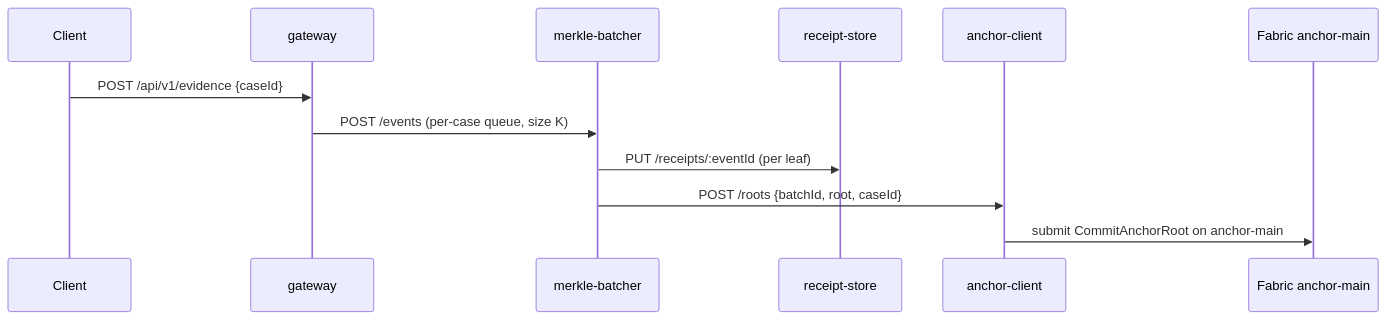
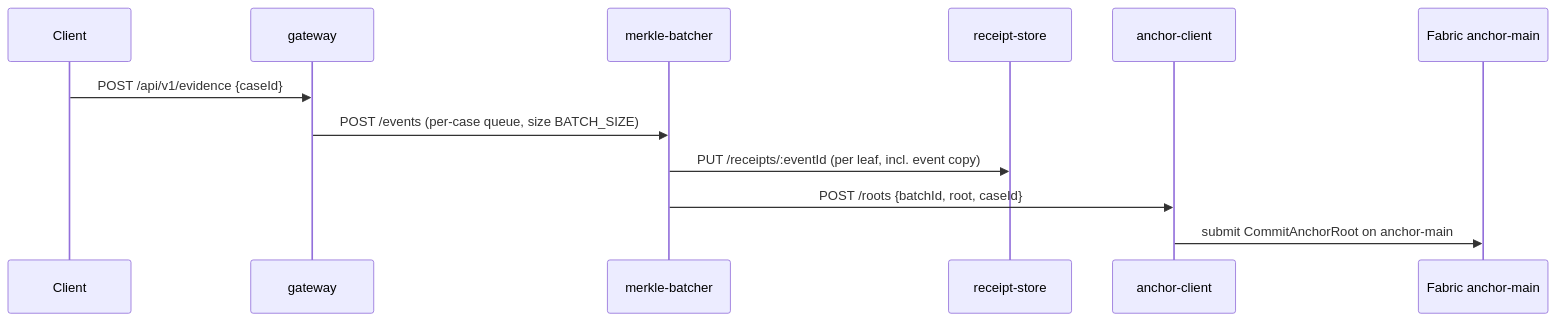
One commit to theflorist18/GLEIPNIR changed the fifth of 8 diagrams in docs/AS-BUILT.md. Above: the diagram before and after it, drawn with Mermaid. The commit also changed other lines of this file and 103 other files, not shown here.

````diff
--- a/docs/AS-BUILT.md
+++ b/docs/AS-BUILT.md
@@ -203,14 +233,14 @@
 ```mermaid
 sequenceDiagram
     participant C as Client
     participant G as gateway
     participant B as merkle-batcher
     participant R as receipt-store
     participant A as anchor-client
     participant F as Fabric anchor-main
     C->>G: POST /api/v1/evidence {caseId}
-    G->>B: POST /events (per-case queue, size K)
-    B->>R: PUT /receipts/:eventId (per leaf)
+    G->>B: POST /events (per-case queue, size BATCH_SIZE)
+    B->>R: PUT /receipts/:eventId (per leaf, incl. event copy)
     B->>A: POST /roots {batchId, root, caseId}
     A->>F: submit CommitAnchorRoot on anchor-main
 ```
````
